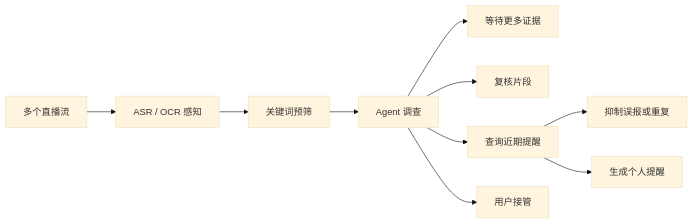
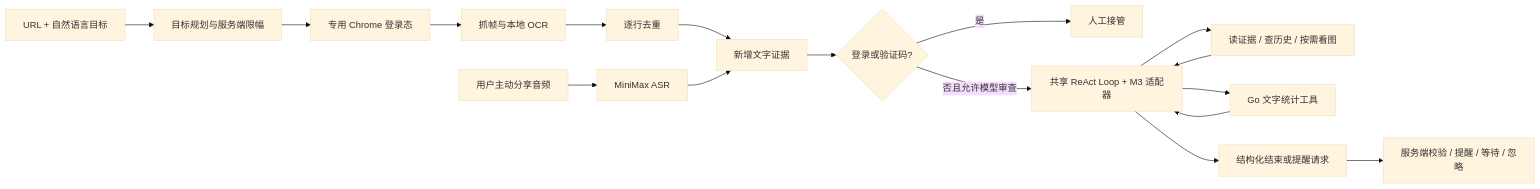
Before and after one commit to sdaAlbert/liveguard: the diagram in docs/DESIGN-LIVE-SIGNAL-AGENT.md, drawn with Mermaid (base theme). The commit also changed other lines of this file and 94 other files, not shown here.

````diff
--- a/docs/DESIGN-LIVE-SIGNAL-AGENT.md
+++ b/docs/DESIGN-LIVE-SIGNAL-AGENT.md
@@ -14,12 +13,19 @@
-```mermaid
+~~~mermaid
 flowchart LR
-    S[多个直播流] --> P[ASR / OCR 感知]
-    P --> F[关键词预筛]
-    F --> A[Agent 调查]
-    A --> W[等待更多证据]
-    A --> R[复核片段]
-    A --> D[查询近期提醒]
-    D --> X[抑制误报或重复]
-    D --> N[生成个人提醒]
-    A --> H[用户接管]
-```
+    U[URL + 自然语言目标] --> P[目标规划与服务端限幅]
+    P --> C[专用 Chrome 登录态]
+    C --> O[抓帧与本地 OCR]
+    O --> F[逐行去重]
+    AU[用户主动分享音频] --> ASR[MiniMax ASR]
+    F --> E[新增文字证据]
+    ASR --> E
+    E --> G{登录或验证码?}
+    G -->|是| H[人工接管]
+    G -->|否且允许模型审查| R[共享 ReAct Loop + M3 适配器]
+    R --> T[读证据 / 查历史 / 按需看图]
+    R --> S[Go 文字统计工具]
+    T --> R
+    S --> R
+    R --> V[结构化结束或提醒请求]
+    V --> UI[服务端校验 / 提醒 / 等待 / 忽略]
+~~~
````
